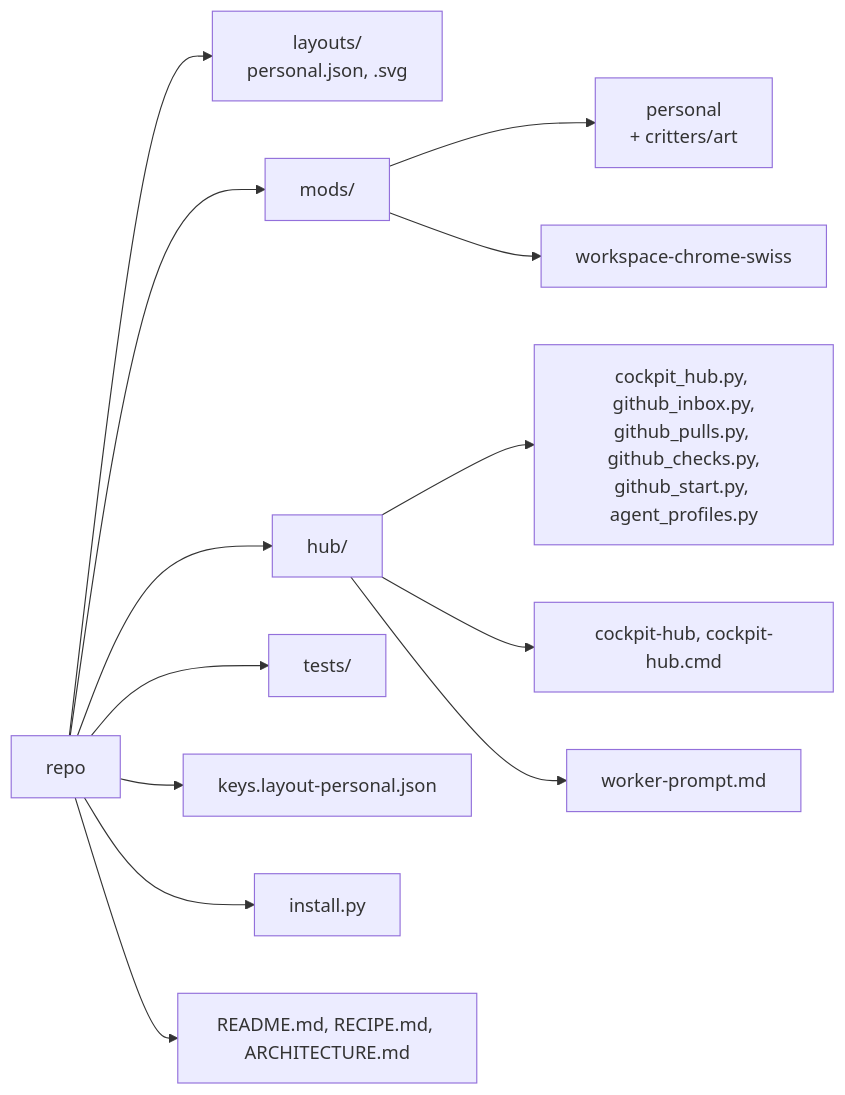
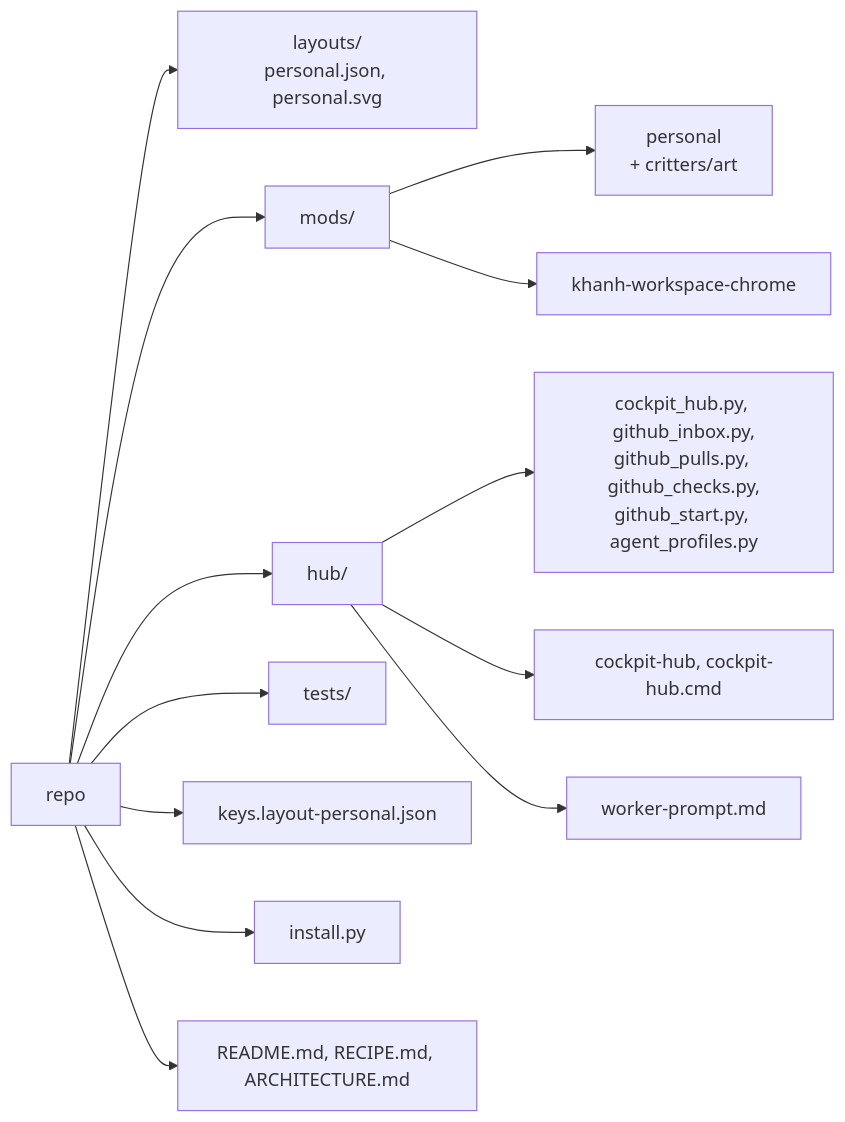
Diagram 12 of 12 in herdr-layouts/khanh-personal/ARCHITECTURE.md (TQKNG/khanh-agent-workspace), drawn with Mermaid before and after one commit. The commit also changed other lines of this file and 367 other files, not shown here.

````diff
--- a/herdr-layouts/khanh-personal/ARCHITECTURE.md
+++ b/herdr-layouts/khanh-personal/ARCHITECTURE.md
@@ -233,15 +233,15 @@
 ```mermaid
 flowchart LR
-    R["repo"] --> L["layouts/<br/>personal.json, .svg"]
+    R["repo"] --> L["layouts/<br/>personal.json, personal.svg"]
     R --> MD["mods/"]
     R --> HB["hub/"]
     R --> TS["tests/"]
     R --> KJ["keys.layout-personal.json"]
     R --> IN["install.py"]
     R --> DOCS["README.md, RECIPE.md, ARCHITECTURE.md"]
     MD --> M1["personal<br/>+ critters/art"]
-    MD --> M3["workspace-chrome-swiss"]
+    MD --> M3["khanh-workspace-chrome"]
     HB --> H1["cockpit_hub.py, github_inbox.py,<br/>github_pulls.py, github_checks.py,<br/>github_start.py, agent_profiles.py"]
     HB --> H2["cockpit-hub, cockpit-hub.cmd"]
     HB --> H3["worker-prompt.md"]
 ```
````
